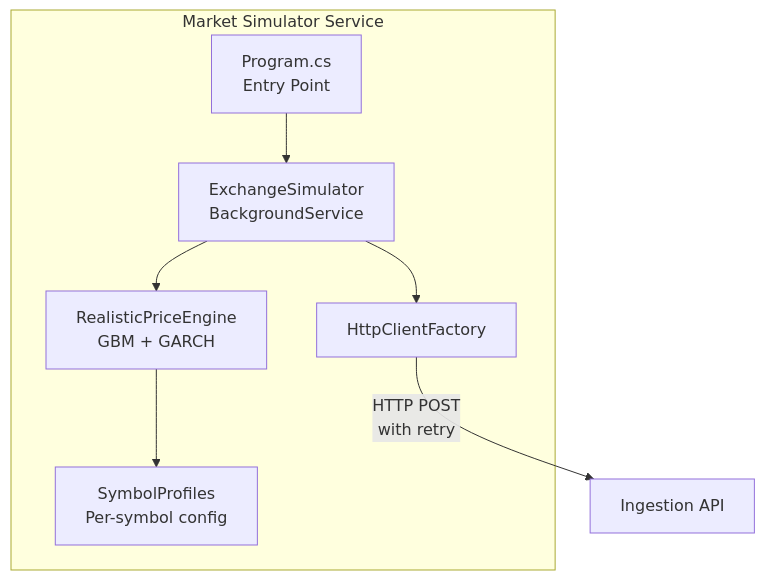
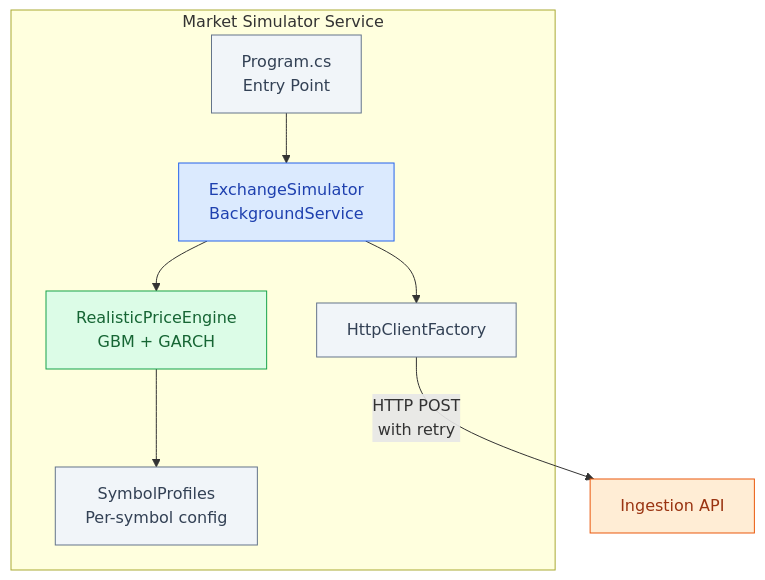
The third of 10 diagrams in hugo-site/content/projects/stock-market-simulator/index.md (raj-champion-trader/rajchampaneriya.github.io), drawn with Mermaid before and after one commit. The commit also changed other lines of this file and 5 other files, not shown here.

First line of the commit message:
Enhance Mermaid Diagrams with Semantic Color Classes and Dark Mode Support

````diff
--- a/hugo-site/content/projects/stock-market-simulator/index.md
+++ b/hugo-site/content/projects/stock-market-simulator/index.md
@@ -109,16 +118,21 @@
 ```mermaid
 flowchart TB
+    classDef primary fill:#dbeafe,stroke:#2563eb,color:#1e40af
+    classDef secondary fill:#dcfce7,stroke:#16a34a,color:#166534
+    classDef accent fill:#ffedd5,stroke:#ea580c,color:#9a3412
+    classDef neutral fill:#f1f5f9,stroke:#64748b,color:#334155
+
     subgraph MarketSimulatorService["Market Simulator Service"]
-        Program["Program.cs<br/>Entry Point"]
-        ExchangeSimulator["ExchangeSimulator<br/>BackgroundService"]
-        PriceEngine["RealisticPriceEngine<br/>GBM + GARCH"]
-        SymbolProfiles["SymbolProfiles<br/>Per-symbol config"]
-        HttpClientFactory["HttpClientFactory"]
+        Program["Program.cs<br/>Entry Point"]:::neutral
+        ExchangeSimulator["ExchangeSimulator<br/>BackgroundService"]:::primary
+        PriceEngine["RealisticPriceEngine<br/>GBM + GARCH"]:::secondary
+        SymbolProfiles["SymbolProfiles<br/>Per-symbol config"]:::neutral
+        HttpClientFactory["HttpClientFactory"]:::neutral
     end
 
     Program --> ExchangeSimulator
     ExchangeSimulator --> PriceEngine
     PriceEngine --> SymbolProfiles
     ExchangeSimulator --> HttpClientFactory
-    HttpClientFactory -->|HTTP POST<br/>with retry| IngestionAPI["Ingestion API"]
+    HttpClientFactory -->|"HTTP POST<br/>with retry"| IngestionAPI["Ingestion API"]:::accent
 ```
````
